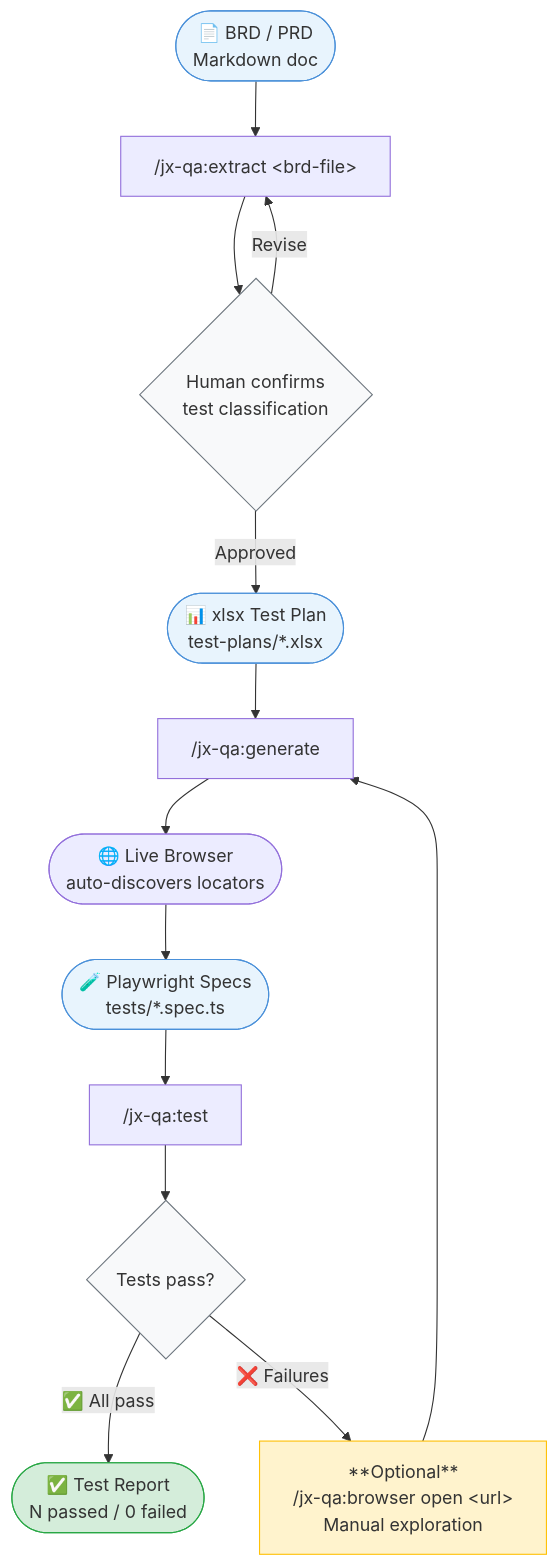
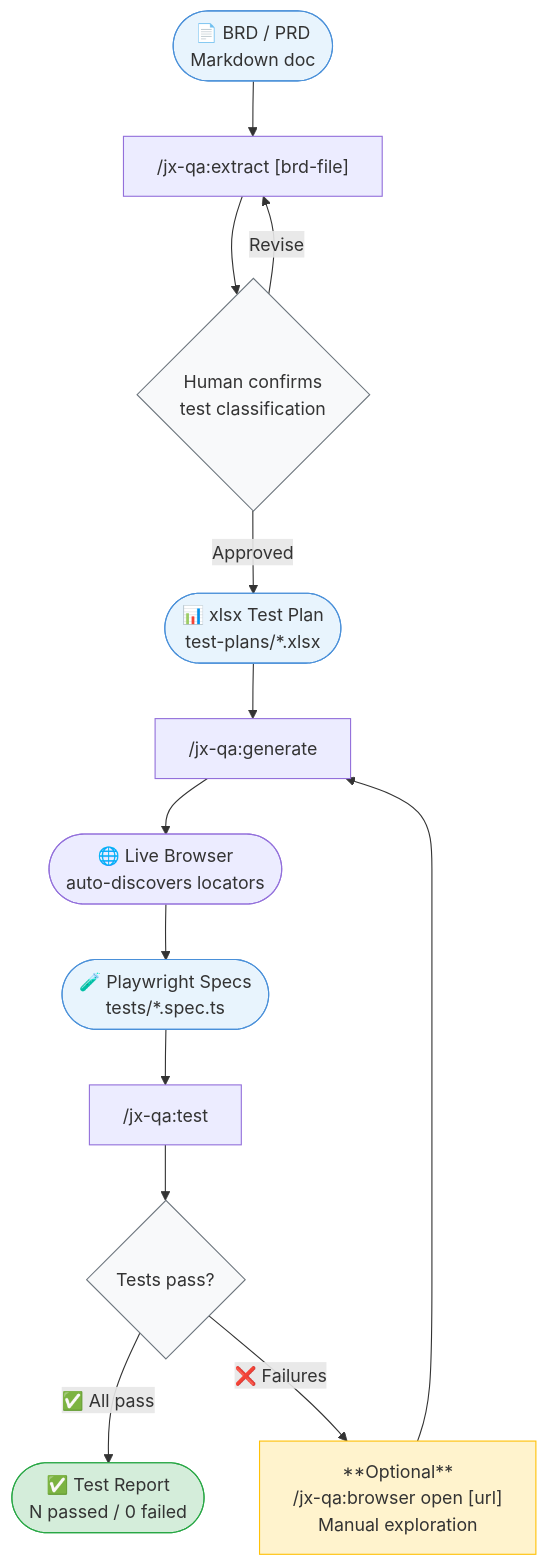
The diagram in docs/001_qa_documentation_workflow/BRD_PRD.md (jairosoft-com/jodex-plugins), drawn with Mermaid before and after one commit. The commit also changed other lines of this file and 1 other file, not shown here.

Commit message:
docs(ado): add implementation plan for ADO sync AC field fix (FEAT-002)
Introduces a detailed implementation plan addressing the ADO sync issue where acceptance criteria were incorrectly written to the System.Description field. The plan outlines a two-step User Story creation process, clarifies field mappings, and includes edits for crash recovery and dry-run outputs. Additionally, it documents adversarial review findings and verification steps to ensure compliance with the new workflow.

````diff
--- a/docs/001_qa_documentation_workflow/BRD_PRD.md
+++ b/docs/001_qa_documentation_workflow/BRD_PRD.md
@@ -30,27 +44,27 @@
 ```mermaid
 flowchart TD
-    A([📄 BRD / PRD\nMarkdown doc]) --> B
+    A(["📄 BRD / PRD\nMarkdown doc"]) --> B
 
-    B["/jx-qa:extract &lt;brd-file&gt;"]
-    B --> C{Human confirms\ntest classification}
-    C -->|Approved| D([📊 xlsx Test Plan\ntest-plans/*.xlsx])
+    B["/jx-qa:extract [brd-file]"]
+    B --> C{"Human confirms\ntest classification"}
+    C -->|Approved| D(["📊 xlsx Test Plan\ntest-plans/*.xlsx"])
     C -->|Revise| B
 
     D --> E["/jx-qa:generate"]
-    E --> F([🌐 Live Browser\nauto-discovers locators])
-    F --> G([🧪 Playwright Specs\ntests/*.spec.ts])
+    E --> F(["🌐 Live Browser\nauto-discovers locators"])
+    F --> G(["🧪 Playwright Specs\ntests/*.spec.ts"])
 
     G --> H["/jx-qa:test"]
-    H --> I{Tests pass?}
-    I -->|✅ All pass| J([✅ Test Report\nN passed / 0 failed])
-    I -->|❌ Failures| K["**Optional**\n/jx-qa:browser open &lt;url&gt;\nManual exploration"]
+    H --> I{"Tests pass?"}
+    I -->|✅ All pass| J(["✅ Test Report\nN passed / 0 failed"])
+    I -->|❌ Failures| K["**Optional**\n/jx-qa:browser open [url]\nManual exploration"]
     K --> E
 
     style A fill:#e8f4fd,stroke:#4a90d9
     style D fill:#e8f4fd,stroke:#4a90d9
     style G fill:#e8f4fd,stroke:#4a90d9
     style J fill:#d4edda,stroke:#28a745
     style K fill:#fff3cd,stroke:#ffc107
     style C fill:#f8f9fa,stroke:#6c757d
     style I fill:#f8f9fa,stroke:#6c757d
 ```
````
